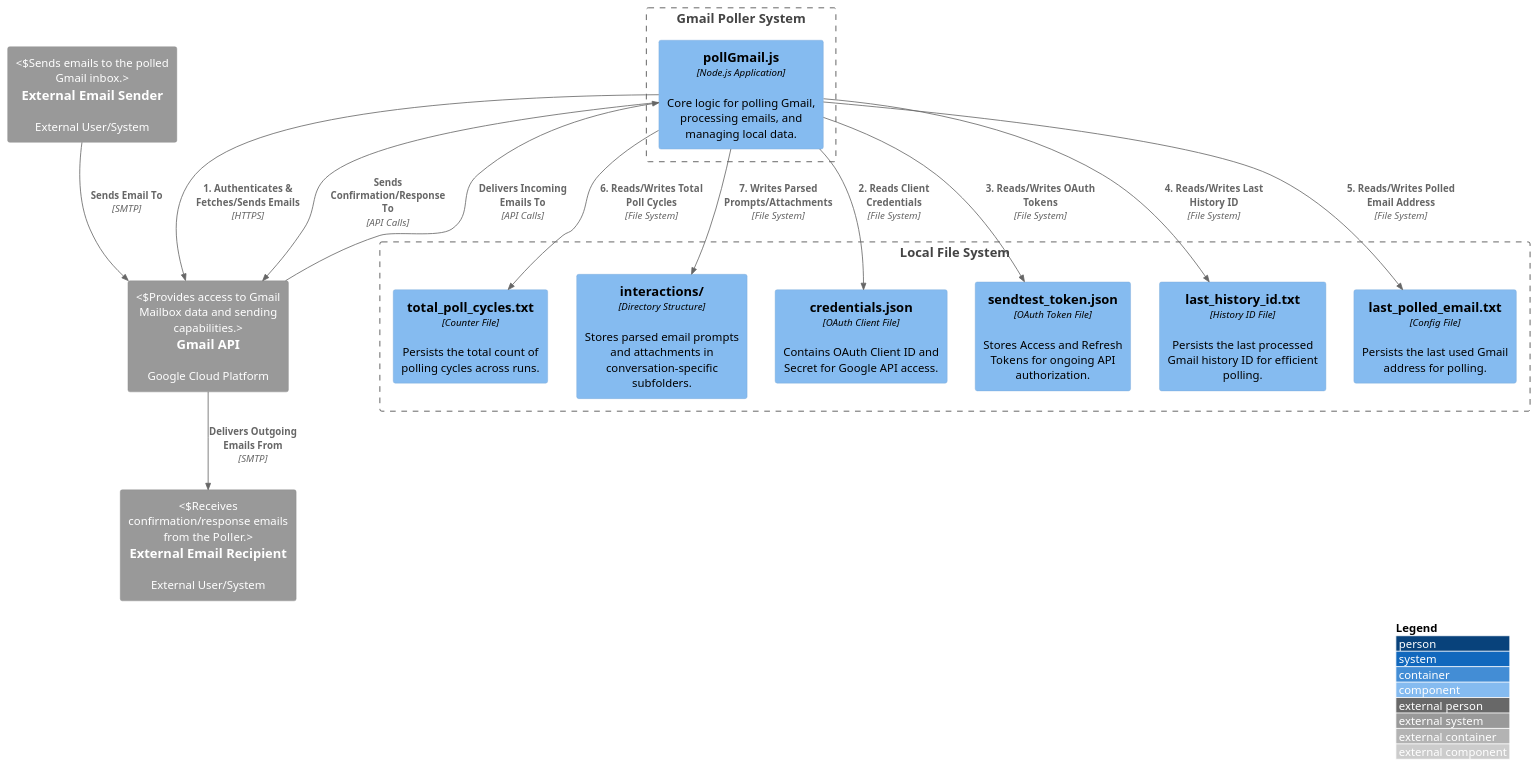
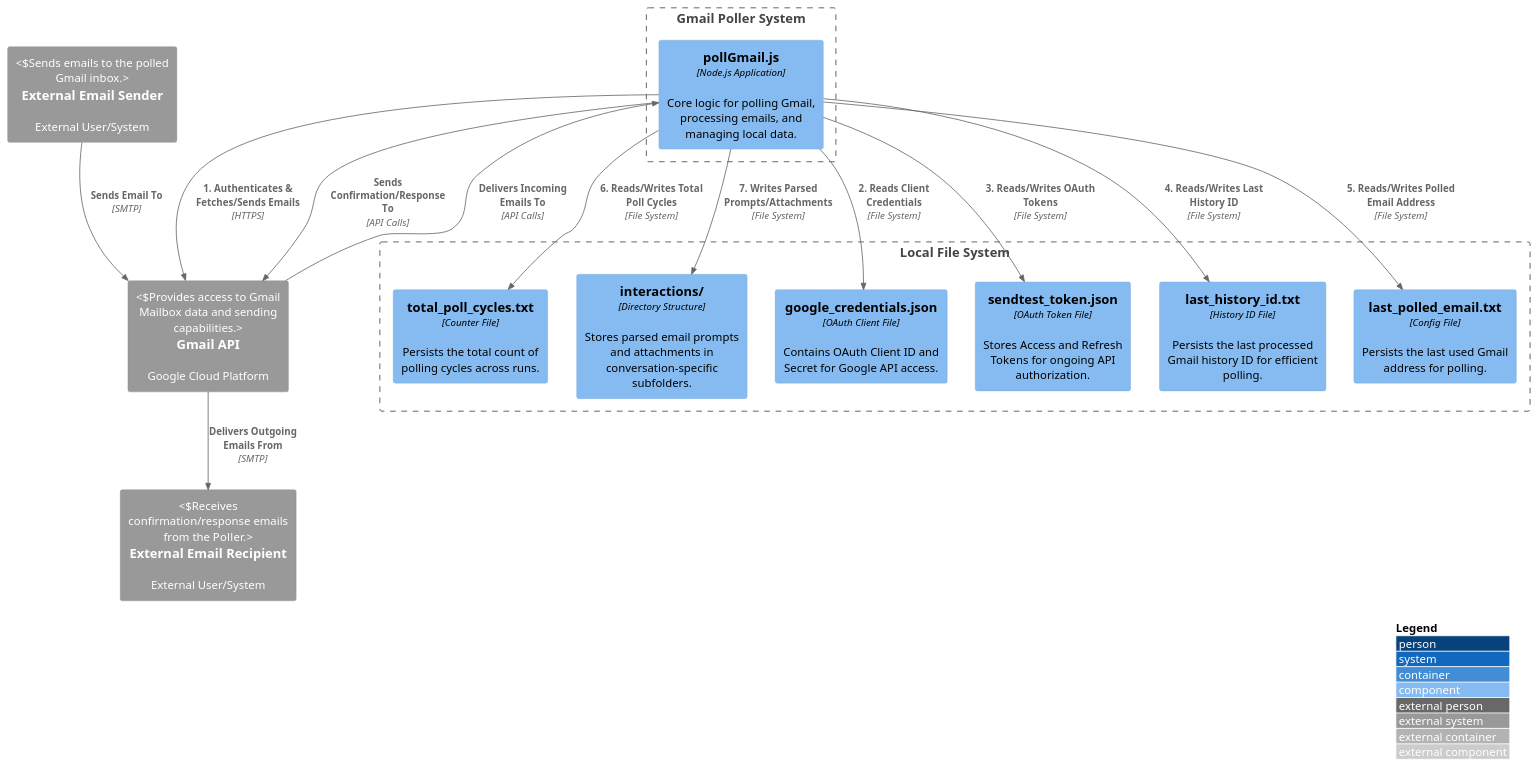
Before and after one commit to amramedworkin/Chatterbox: the diagram in puml/C4_Component_Diagram_for_pollGmail_js.puml, drawn with PlantUML. The commit also changed 180 other files, not shown here.

```diff
--- a/puml/C4_Component_Diagram_for_pollGmail_js.puml
+++ b/puml/C4_Component_Diagram_for_pollGmail_js.puml
@@ -1,36 +1,36 @@
 @startuml c4_component_diagram
 !include https://raw.githubusercontent.com/plantuml-stdlib/C4-PlantUML/master/C4_Component.puml
 
 LAYOUT_WITH_LEGEND()
 
 Boundary(system, "Gmail Poller System") {
     Component(pollGmail, "pollGmail.js", "Node.js Application", "Core logic for polling Gmail, processing emails, and managing local data.")
 }
 
 System_Ext(gmailApi, "Gmail API", "Google Cloud Platform", "Provides access to Gmail Mailbox data and sending capabilities.")
 System_Ext(externalSender, "External Email Sender", "External User/System", "Sends emails to the polled Gmail inbox.")
 System_Ext(externalRecipient, "External Email Recipient", "External User/System", "Receives confirmation/response emails from the Poller.")
 
 Boundary(localFsBoundary, "Local File System") {
-    Component(credentialsFile, "credentials.json", "OAuth Client File", "Contains OAuth Client ID and Secret for Google API access.")
+    Component(credentialsFile, "google_credentials.json", "OAuth Client File", "Contains OAuth Client ID and Secret for Google API access.")
     Component(tokenFile, "sendtest_token.json", "OAuth Token File", "Stores Access and Refresh Tokens for ongoing API authorization.")
     Component(historyIdFile, "last_history_id.txt", "History ID File", "Persists the last processed Gmail history ID for efficient polling.")
     Component(polledEmailFile, "last_polled_email.txt", "Config File", "Persists the last used Gmail address for polling.")
     Component(totalPollCyclesFile, "total_poll_cycles.txt", "Counter File", "Persists the total count of polling cycles across runs.")
     Component(interactionsFolder, "interactions/", "Directory Structure", "Stores parsed email prompts and attachments in conversation-specific subfolders.")
 }
 
 Rel(pollGmail, gmailApi, "1. Authenticates & Fetches/Sends Emails", "HTTPS")
 Rel(pollGmail, credentialsFile, "2. Reads Client Credentials", "File System")
 Rel(pollGmail, tokenFile, "3. Reads/Writes OAuth Tokens", "File System")
 Rel(pollGmail, historyIdFile, "4. Reads/Writes Last History ID", "File System")
 Rel(pollGmail, polledEmailFile, "5. Reads/Writes Polled Email Address", "File System")
 Rel(pollGmail, totalPollCyclesFile, "6. Reads/Writes Total Poll Cycles", "File System")
 Rel(pollGmail, interactionsFolder, "7. Writes Parsed Prompts/Attachments", "File System")
 
 Rel(externalSender, gmailApi, "Sends Email To", "SMTP")
 Rel(gmailApi, pollGmail, "Delivers Incoming Emails To", "API Calls")
 Rel(pollGmail, gmailApi, "Sends Confirmation/Response To", "API Calls")
 Rel(gmailApi, externalRecipient, "Delivers Outgoing Emails From", "SMTP")
 
 @enduml
```
